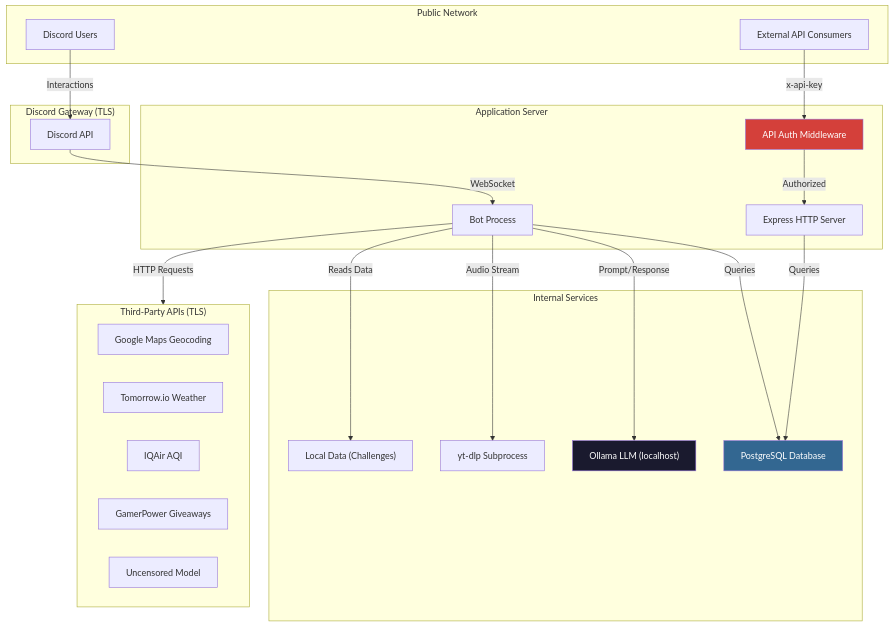
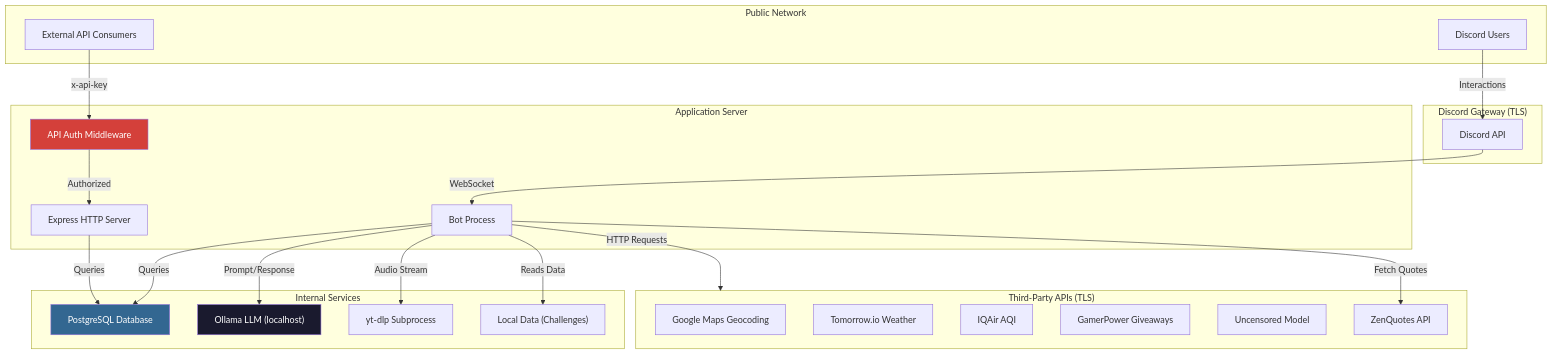
One commit to ranveerminhas0/nxtgencore changed the first of 2 diagrams in SECURITY.md. Above: the diagram before and after it, drawn with Mermaid. The commit also changed other lines of this file and 3 other files, not shown here.

````diff
--- a/SECURITY.md
+++ b/SECURITY.md
@@ -11,48 +11,50 @@
 ```mermaid
 graph TB
     subgraph Public["Public Network"]
         U["Discord Users"]
         EXT["External API Consumers"]
     end
 
     subgraph Discord["Discord Gateway (TLS)"]
         API["Discord API"]
     end
 
     subgraph Server["Application Server"]
         BOT["Bot Process"]
         EXPRESS["Express HTTP Server"]
         AUTH["API Auth Middleware"]
     end
 
     subgraph Internal["Internal Services"]
         DB["PostgreSQL Database"]
         AI["Ollama LLM (localhost)"]
         YTDLP["yt-dlp Subprocess"]
         JSON["Local Data (Challenges)"]
     end
 
     subgraph ThirdParty["Third-Party APIs (TLS)"]
         GOOGLE["Google Maps Geocoding"]
         WEATHER["Tomorrow.io Weather"]
         IQAIR["IQAir AQI"]
         GAMER["GamerPower Giveaways"]
         HF["Uncensored Model"]
+        ZEN["ZenQuotes API"]
     end
 
     U -->|Interactions| API
     API -->|WebSocket| BOT
     BOT -->|Queries| DB
     BOT -->|Prompt/Response| AI
     BOT -->|Audio Stream| YTDLP
     BOT -->|Reads Data| JSON
     BOT -->|HTTP Requests| ThirdParty
+    BOT -->|Fetch Quotes| ZEN
 
     EXT -->|x-api-key| AUTH
     AUTH -->|Authorized| EXPRESS
     EXPRESS -->|Queries| DB
 
     style AUTH fill:#d4403a,color:#fff
     style DB fill:#336791,color:#fff
     style AI fill:#1a1a2e,color:#fff
 ```
````
